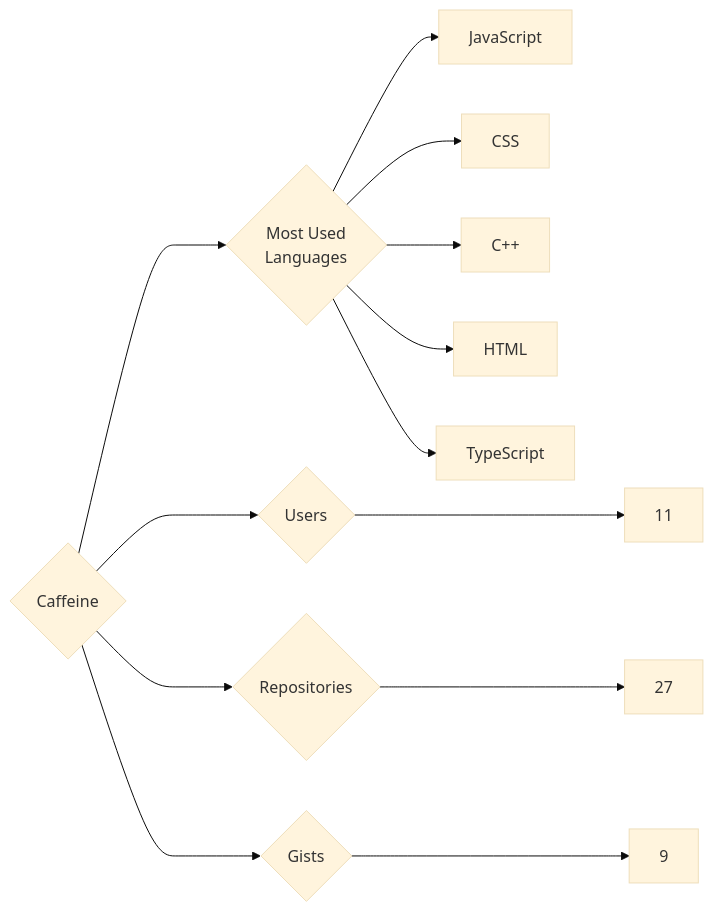
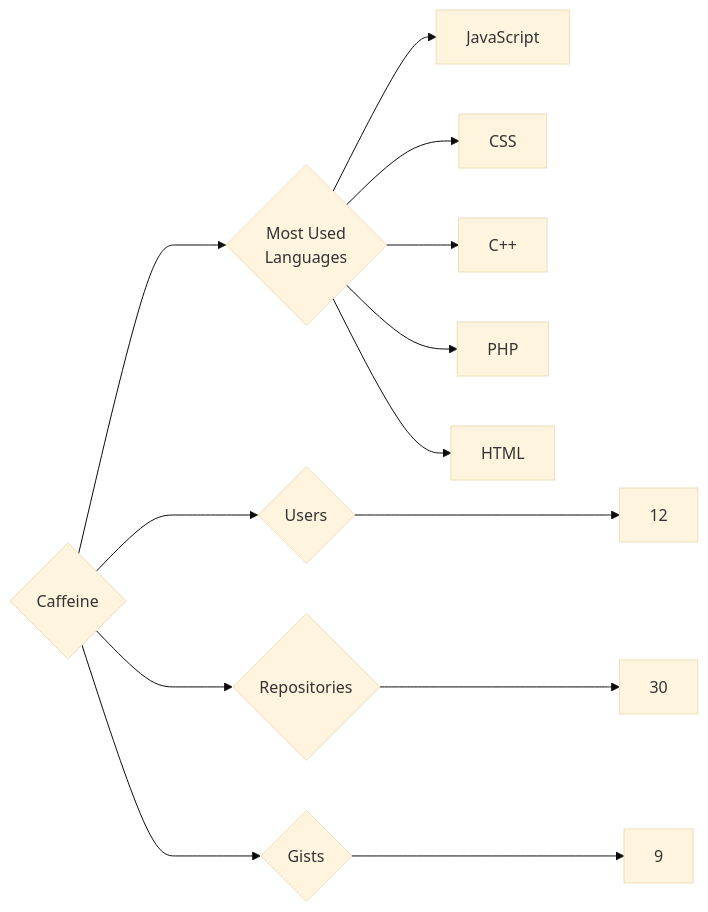
The diagram in targets/Caffeine/README.md (trickest/insiders), drawn with Mermaid (base theme) before and after one commit. The commit also changed 894 other files, not shown here.

````diff
--- a/targets/Caffeine/README.md
+++ b/targets/Caffeine/README.md
@@ -3,13 +3,13 @@
 ```mermaid
 graph LR
 COMPANY_NAME{Caffeine}
-COMPANY_NAME ---> U{Users} ---> UN[11]
-COMPANY_NAME ---> R{Repositories} ---> RN[27]
+COMPANY_NAME ---> U{Users} ---> UN[12]
+COMPANY_NAME ---> R{Repositories} ---> RN[30]
 COMPANY_NAME ---> G{Gists} ---> GN[9]
 COMPANY_NAME ---> ML{Most Used<br>Languages}
 ML --> JavaScript[JavaScript]
 ML --> CSS[CSS]
 ML --> C++[C++]
+ML --> PHP[PHP]
 ML --> HTML[HTML]
-ML --> TypeScript[TypeScript]
 ```
````
